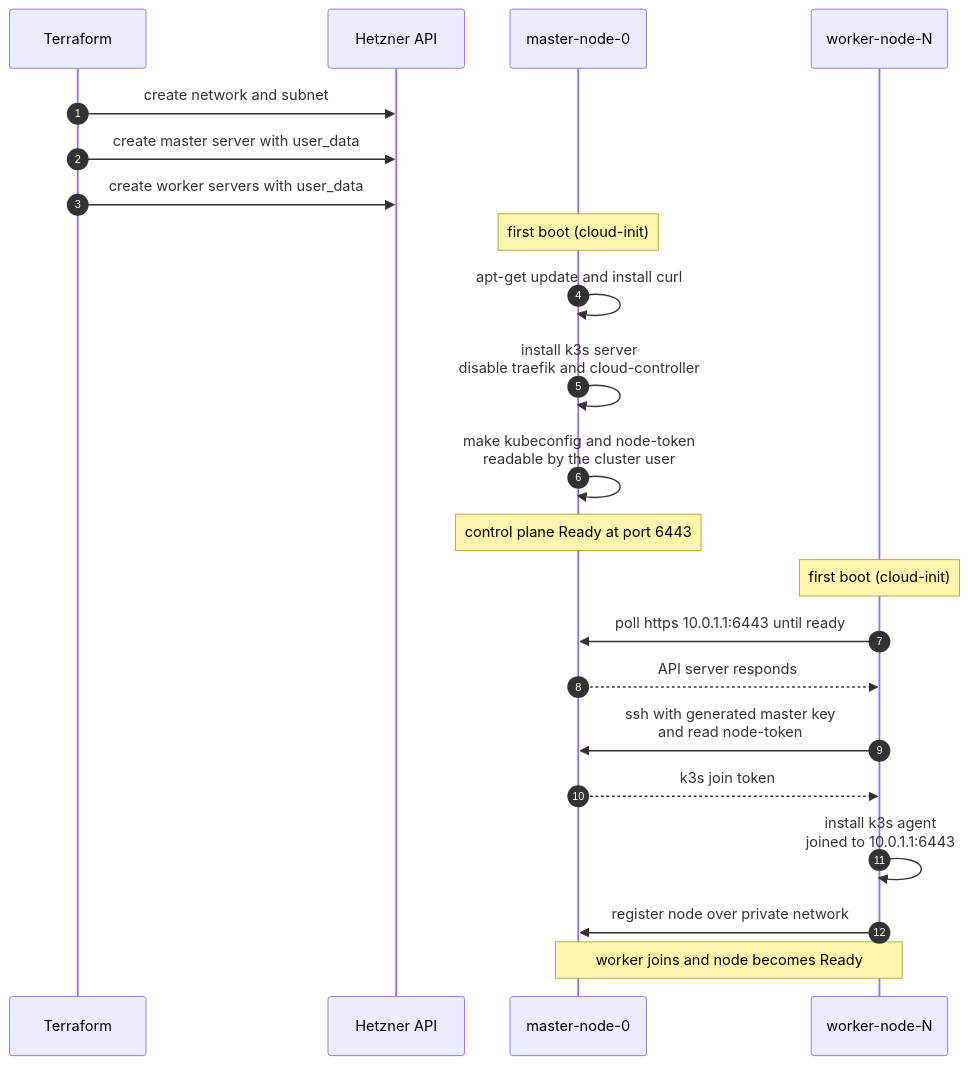
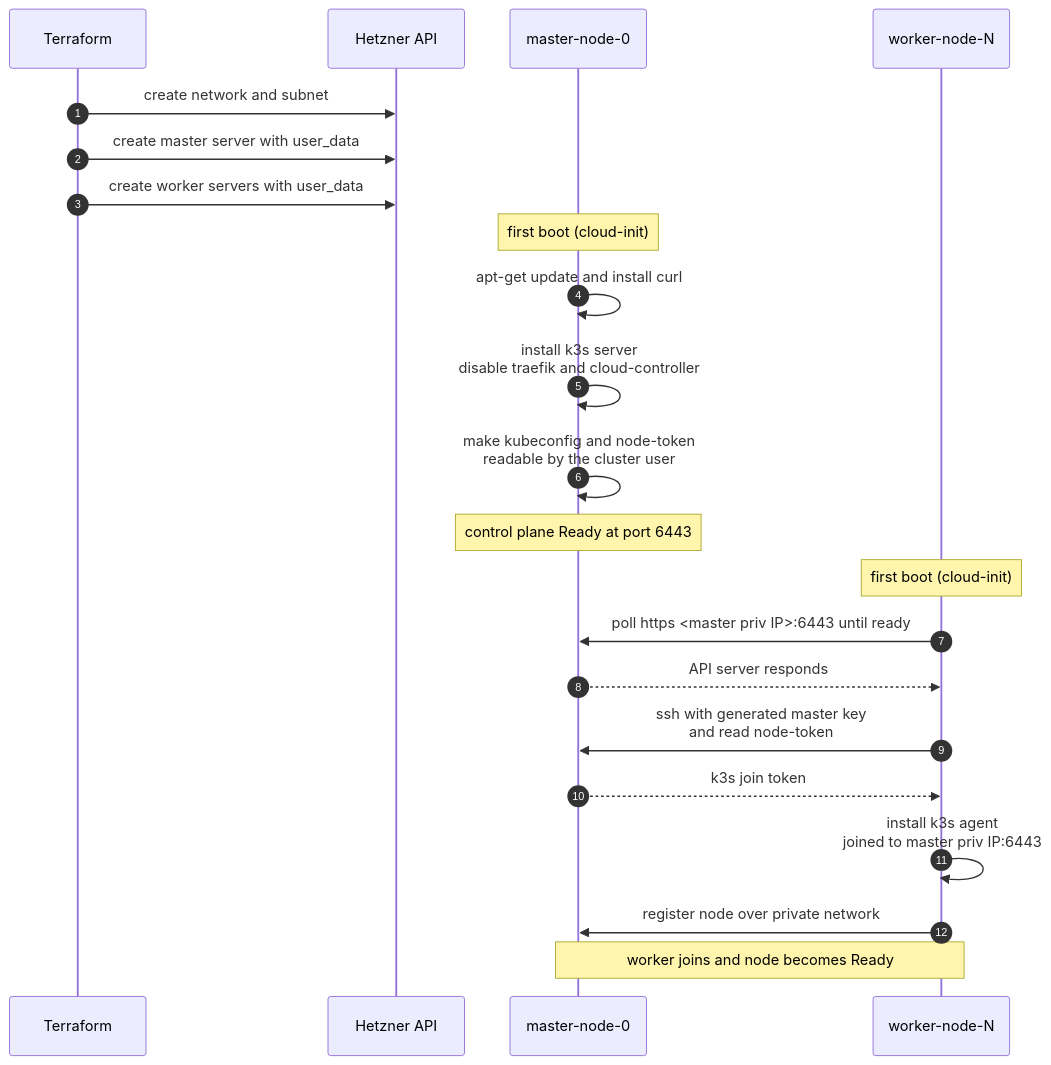
Before and after one commit to pawel150199/hcloud-k8s-cluster: the fourth of 5 diagrams in docs/02-architecture.md, drawn with Mermaid. The commit also changed other lines of this file and 9 other files, not shown here.

````diff
--- a/docs/02-architecture.md
+++ b/docs/02-architecture.md
@@ -129,27 +129,27 @@
 ```mermaid
 sequenceDiagram
   autonumber
   participant TF as Terraform
   participant HC as Hetzner API
   participant M as master-node-0
   participant W as worker-node-N
 
   TF->>HC: create network and subnet
   TF->>HC: create master server with user_data
   TF->>HC: create worker servers with user_data
 
   Note over M: first boot (cloud-init)
   M->>M: apt-get update and install curl
   M->>M: install k3s server<br/>disable traefik and cloud-controller
   M->>M: make kubeconfig and node-token<br/>readable by the cluster user
   Note over M: control plane Ready at port 6443
 
   Note over W: first boot (cloud-init)
-  W->>M: poll https 10.0.1.1:6443 until ready
+  W->>M: poll https <master priv IP>:6443 until ready
   M-->>W: API server responds
   W->>M: ssh with generated master key<br/>and read node-token
   M-->>W: k3s join token
-  W->>W: install k3s agent<br/>joined to 10.0.1.1:6443
+  W->>W: install k3s agent<br/>joined to master priv IP:6443
   W->>M: register node over private network
   Note over M,W: worker joins and node becomes Ready
 ```
````
